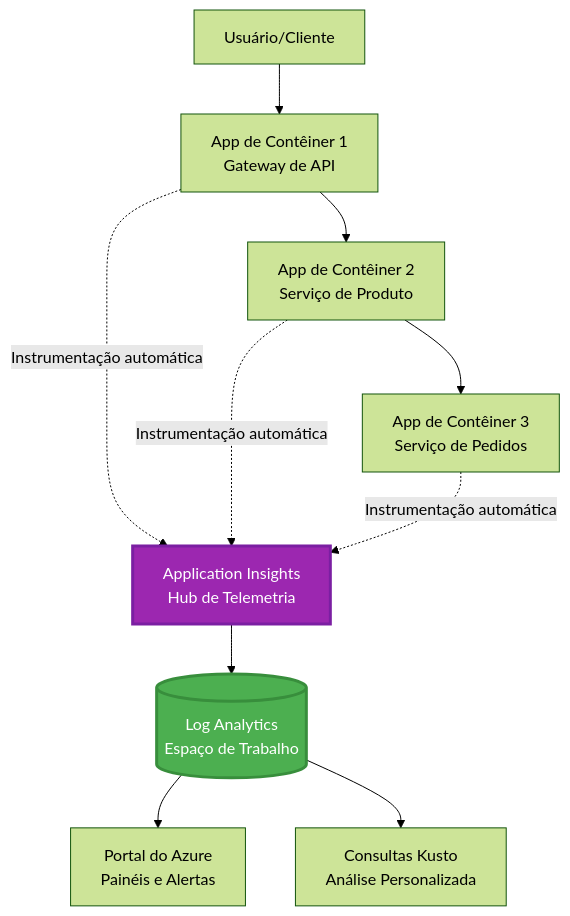
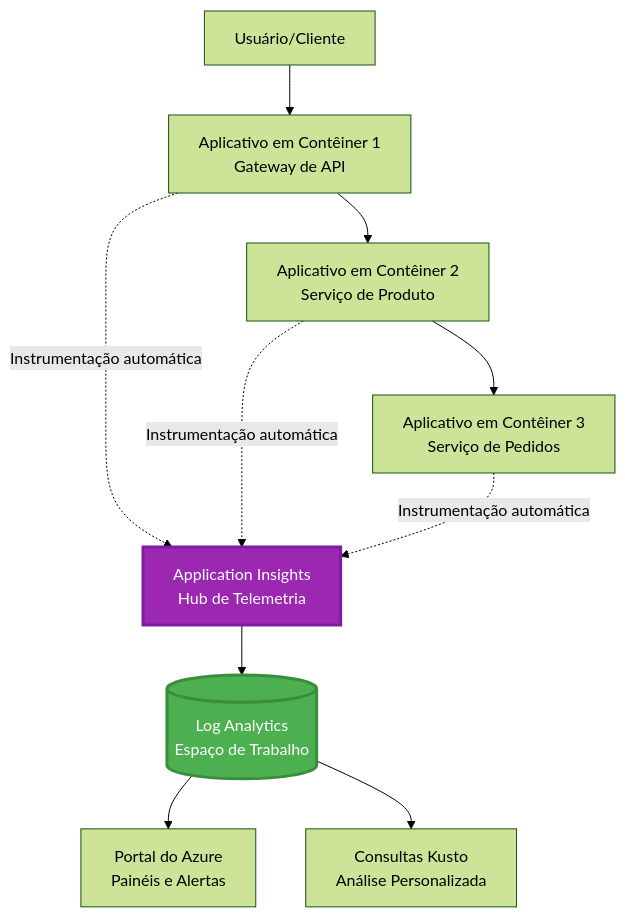
One commit to microsoft/AZD-for-beginners changed the first of 2 diagrams in translations/pt-BR/docs/chapter-06-pre-deployment/application-insights.md. Above: the diagram before and after it, drawn with Mermaid (forest theme). The commit also changed other lines of this file and 101 other files, not shown here.

````diff
--- a/translations/pt-BR/docs/chapter-06-pre-deployment/application-insights.md
+++ b/translations/pt-BR/docs/chapter-06-pre-deployment/application-insights.md
@@ -58,28 +58,28 @@
 ```mermaid
 graph TB
     User[Usuário/Cliente]
-    App1[App de Contêiner 1<br/>Gateway de API]
-    App2[App de Contêiner 2<br/>Serviço de Produto]
-    App3[App de Contêiner 3<br/>Serviço de Pedidos]
+    App1[Aplicativo em Contêiner 1<br/>Gateway de API]
+    App2[Aplicativo em Contêiner 2<br/>Serviço de Produto]
+    App3[Aplicativo em Contêiner 3<br/>Serviço de Pedidos]
     
     AppInsights[Application Insights<br/>Hub de Telemetria]
     LogAnalytics[(Log Analytics<br/>Espaço de Trabalho)]
     
     Portal[Portal do Azure<br/>Painéis e Alertas]
     Query[Consultas Kusto<br/>Análise Personalizada]
     
     User --> App1
     App1 --> App2
     App2 --> App3
     
     App1 -.->|Instrumentação automática| AppInsights
     App2 -.->|Instrumentação automática| AppInsights
     App3 -.->|Instrumentação automática| AppInsights
     
     AppInsights --> LogAnalytics
     LogAnalytics --> Portal
     LogAnalytics --> Query
     
     style AppInsights fill:#9C27B0,stroke:#7B1FA2,stroke-width:3px,color:#fff
     style LogAnalytics fill:#4CAF50,stroke:#388E3C,stroke-width:3px,color:#fff
 ```
````
